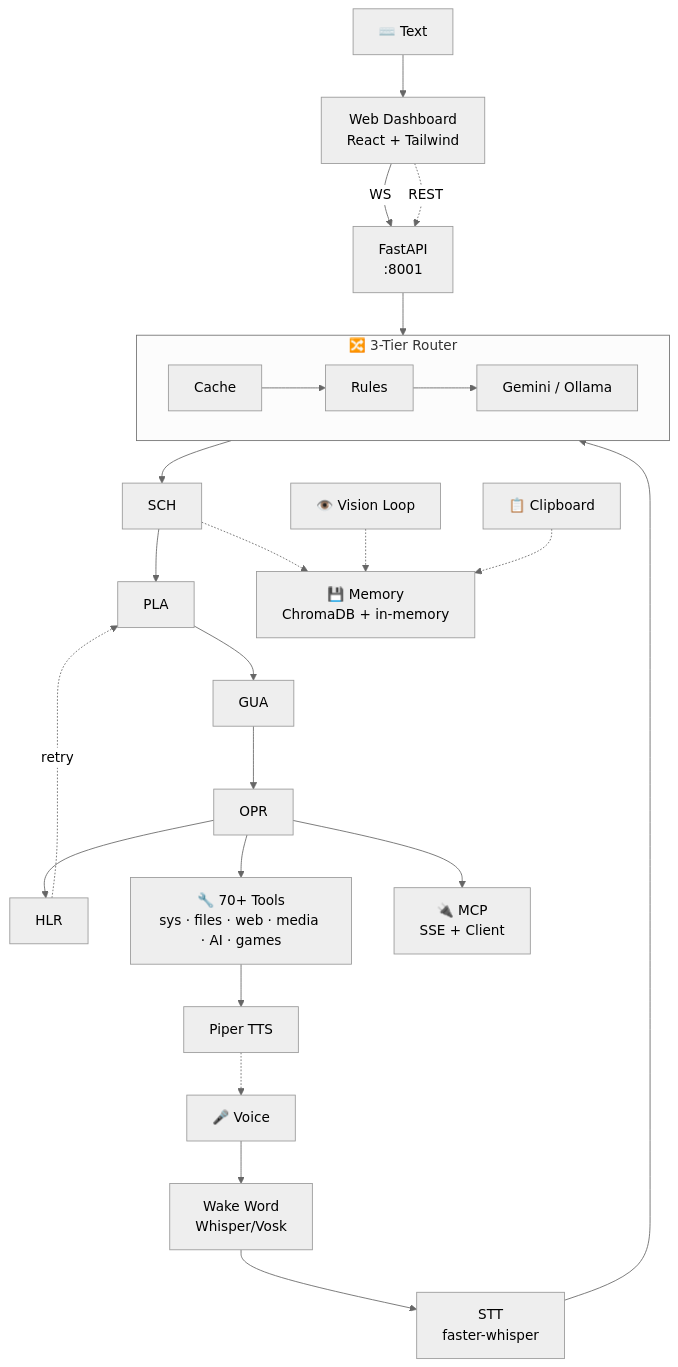
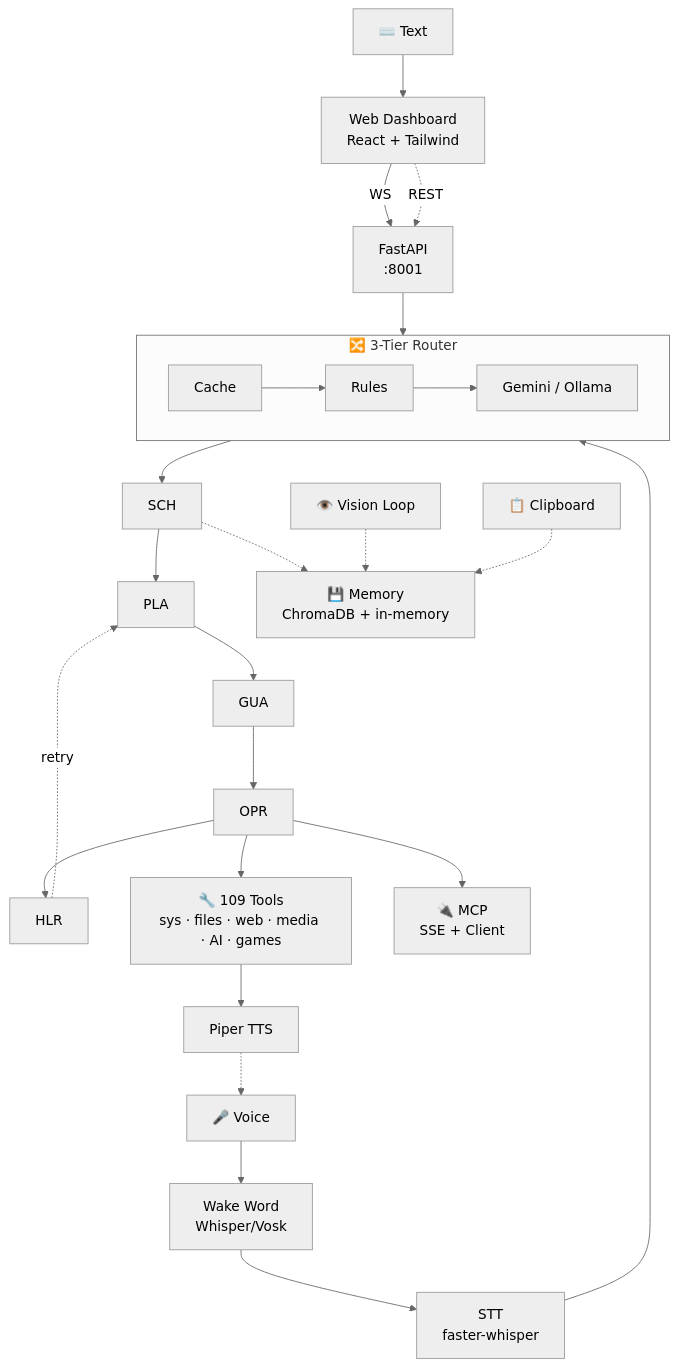
One commit to gajanand27-05/sg-cube_v1 changed the first of 3 diagrams in README.md. Above: the diagram before and after it, drawn with Mermaid (neutral theme). The commit also changed other lines of this file and 1 other file, not shown here.

First line of the commit message:
docs: rewrite the README around verified numbers and the real architecture

````diff
--- a/README.md
+++ b/README.md
@@ -34,27 +62,27 @@
 ```mermaid
 flowchart TB
     V["🎤 Voice"] --> WW["Wake Word\nWhisper/Vosk"]
     WW --> STT["STT\nfaster-whisper"]
     STT --> ROUTER
 
     T["⌨️ Text"] --> UI["Web Dashboard\nReact + Tailwind"]
     UI -->|WS| API["FastAPI\n:8001"]
     UI -.->|REST| API
     API --> ROUTER
 
     subgraph ROUTER["🔀 3-Tier Router"]
         direction LR
-        CACHE[Cache] --> RULE[Rules] -->         LLM[Gemini / Ollama]
+        CACHE[Cache] --> RULE[Rules] --> LLM[Gemini / Ollama]
     end
 
     LLM --> SCH --> PLA --> GUA --> OPR --> HLR
     HLR -.->|retry| PLA
 
-    OPR --> TOOLS["🔧 70+ Tools\nsys · files · web · media · AI · games"]
+    OPR --> TOOLS["🔧 109 Tools\nsys · files · web · media · AI · games"]
     OPR --> MCP["🔌 MCP\nSSE + Client"]
     TOOLS --> TTS["Piper TTS"] -.-> V
 
     SCH -.-> MEM["💾 Memory\nChromaDB + in-memory"]
     VL["👁️ Vision Loop"] -.-> MEM
     CLIP["📋 Clipboard"] -.-> MEM
 ```
````
